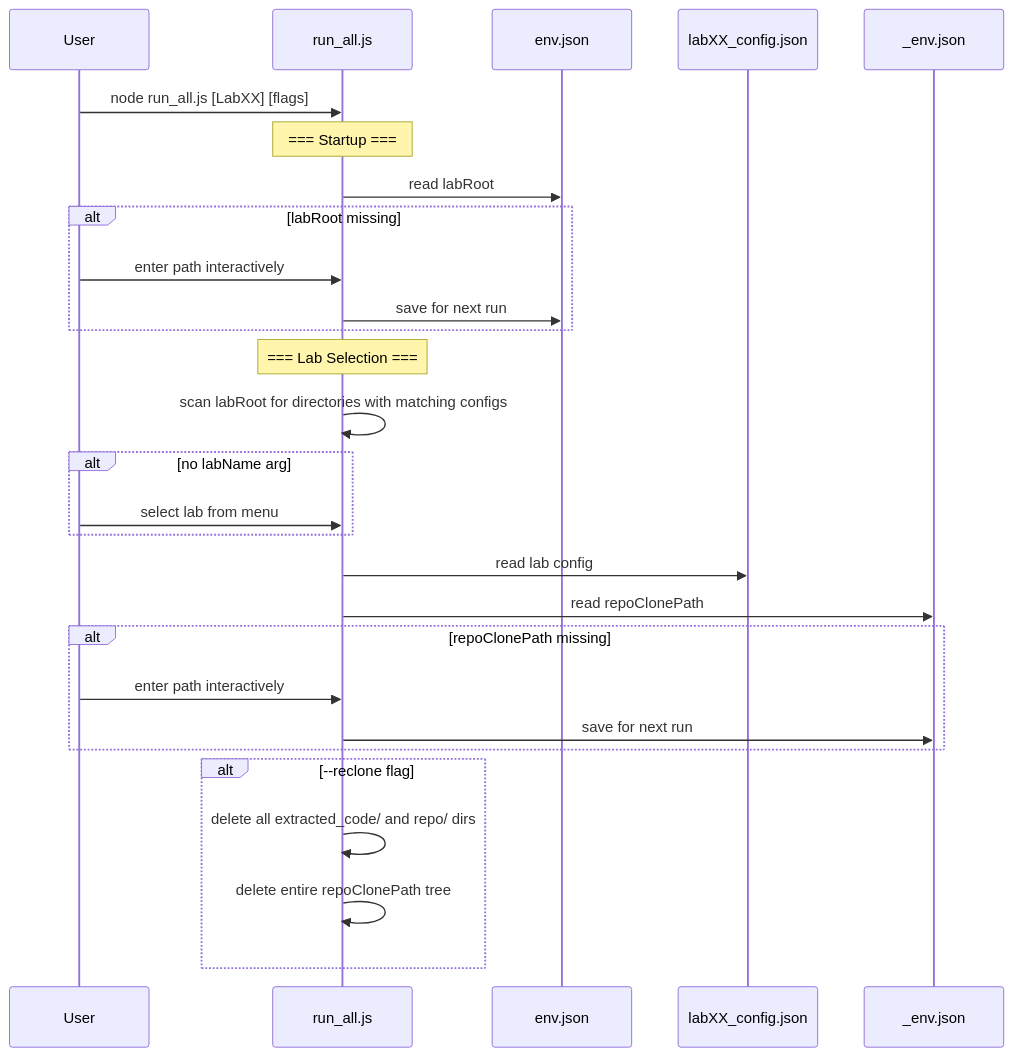
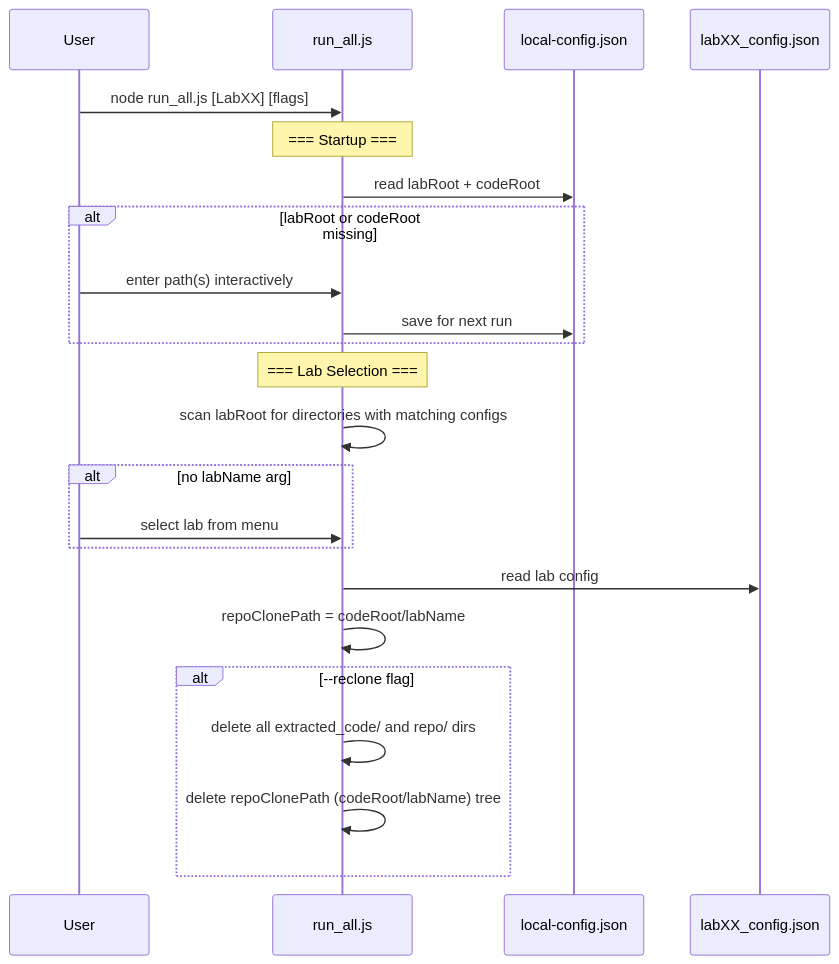
One commit to ProfBird/CS233JS-AI_Grading changed the second of 5 diagrams in DEVELOPER_GUIDE.md. Above: the diagram before and after it, drawn with Mermaid. The commit also changed other lines of this file and 17 other files, not shown here.

````diff
--- a/DEVELOPER_GUIDE.md
+++ b/DEVELOPER_GUIDE.md
@@ -86,37 +84,31 @@
 ```mermaid
 sequenceDiagram
     participant User
     participant run_all as run_all.js
-    participant env as env.json
+    participant lc as local-config.json
     participant config as labXX_config.json
-    participant labEnv as _env.json
 
     User->>run_all: node run_all.js [LabXX] [flags]
 
     Note over run_all: === Startup ===
-    run_all->>env: read labRoot
-    alt labRoot missing
-        User->>run_all: enter path interactively
-        run_all->>env: save for next run
+    run_all->>lc: read labRoot + codeRoot
+    alt labRoot or codeRoot missing
+        User->>run_all: enter path(s) interactively
+        run_all->>lc: save for next run
     end
 
     Note over run_all: === Lab Selection ===
     run_all->>run_all: scan labRoot for directories with matching configs
 
     alt no labName arg
         User->>run_all: select lab from menu
     end
 
     run_all->>config: read lab config
-    run_all->>labEnv: read repoClonePath
-
-    alt repoClonePath missing
-        User->>run_all: enter path interactively
-        run_all->>labEnv: save for next run
-    end
+    run_all->>run_all: repoClonePath = codeRoot/labName
 
     alt --reclone flag
         run_all->>run_all: delete all extracted_code/ and repo/ dirs
-        run_all->>run_all: delete entire repoClonePath tree
+        run_all->>run_all: delete repoClonePath (codeRoot/labName) tree
     end
 ```
````
